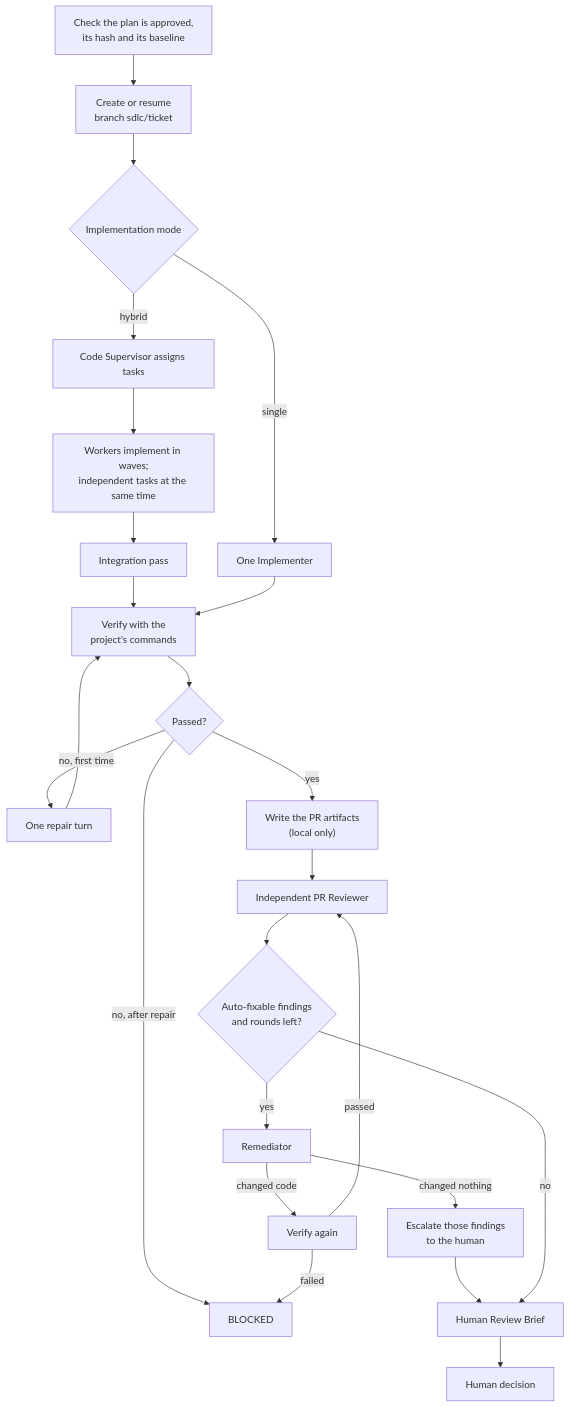
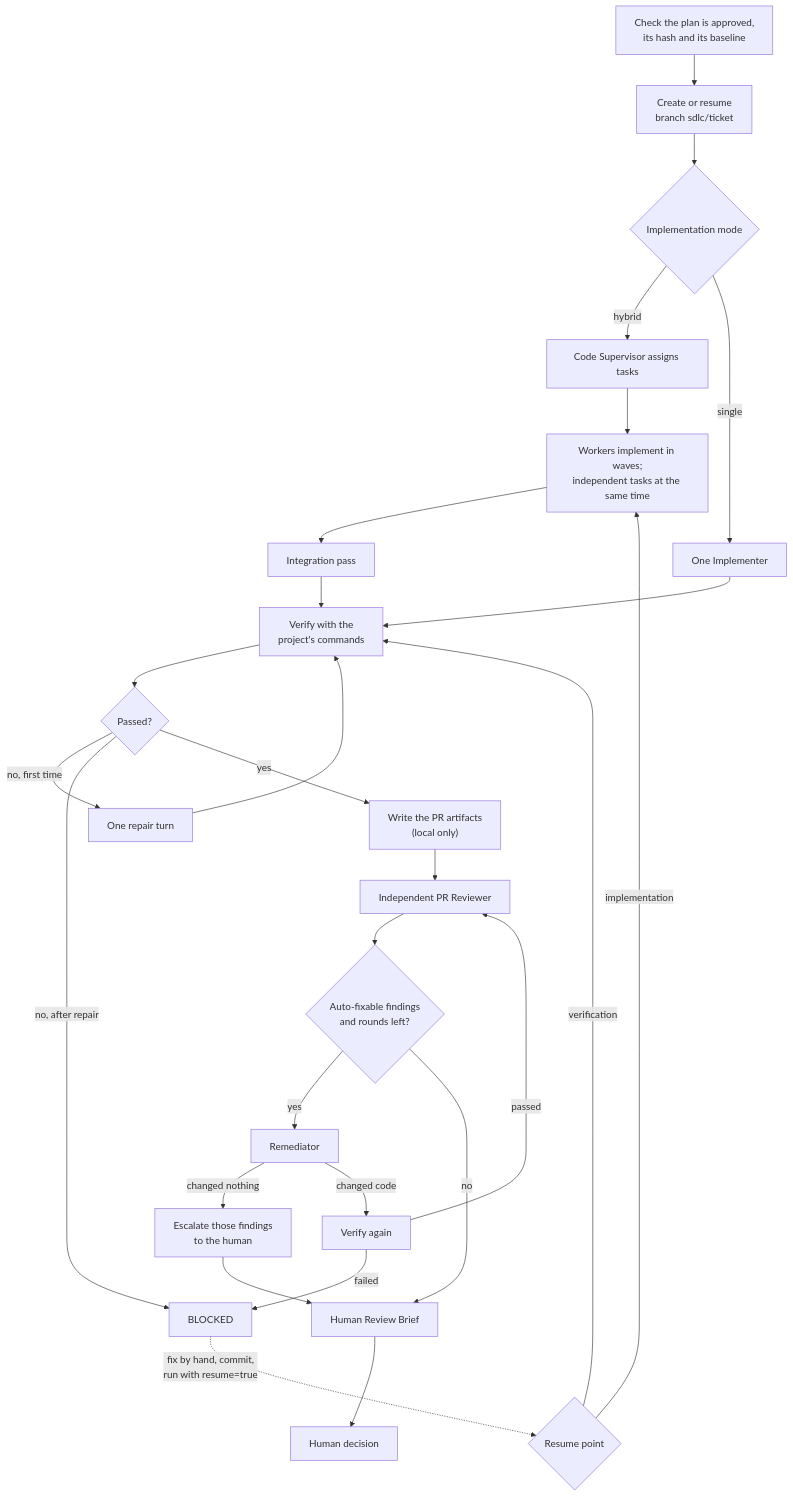
Before and after one commit to somr/awscao_agenticwflw: the first of 4 diagrams in agentic-sdlc-docs/workflows/delivery.md, drawn with Mermaid. The commit also changed other lines of this file and 2 other files, not shown here.

````diff
--- a/agentic-sdlc-docs/workflows/delivery.md
+++ b/agentic-sdlc-docs/workflows/delivery.md
@@ -22,26 +22,29 @@
 ```mermaid
 flowchart TD
     A["Check the plan is approved,<br/>its hash and its baseline"] --> B["Create or resume<br/>branch sdlc/ticket"]
     B --> M{Implementation mode}
     M -- hybrid --> SUP[Code Supervisor assigns tasks]
     SUP --> WK["Workers implement in waves;<br/>independent tasks at the same time"]
     WK --> INT[Integration pass]
     M -- single --> IMP[One Implementer]
     INT --> VER
     IMP --> VER["Verify with the<br/>project's commands"]
     VER --> OK{Passed?}
     OK -- "no, first time" --> REP[One repair turn]
     REP --> VER
     OK -- "no, after repair" --> BL[BLOCKED]
     OK -- yes --> PR["Write the PR artifacts<br/>(local only)"]
     PR --> REV[Independent PR Reviewer]
     REV --> F{"Auto-fixable findings<br/>and rounds left?"}
     F -- yes --> REM[Remediator]
     REM -- "changed nothing" --> ESC["Escalate those findings<br/>to the human"]
     ESC --> BRIEF
     REM -- changed code --> V2[Verify again]
     V2 -- failed --> BL
     V2 -- passed --> REV
     F -- no --> BRIEF[Human Review Brief]
     BRIEF --> H[Human decision]
+    BL -. "fix by hand, commit,<br/>run with resume=true" .-> RES{Resume point}
+    RES -- implementation --> WK
+    RES -- verification --> VER
 ```
````
